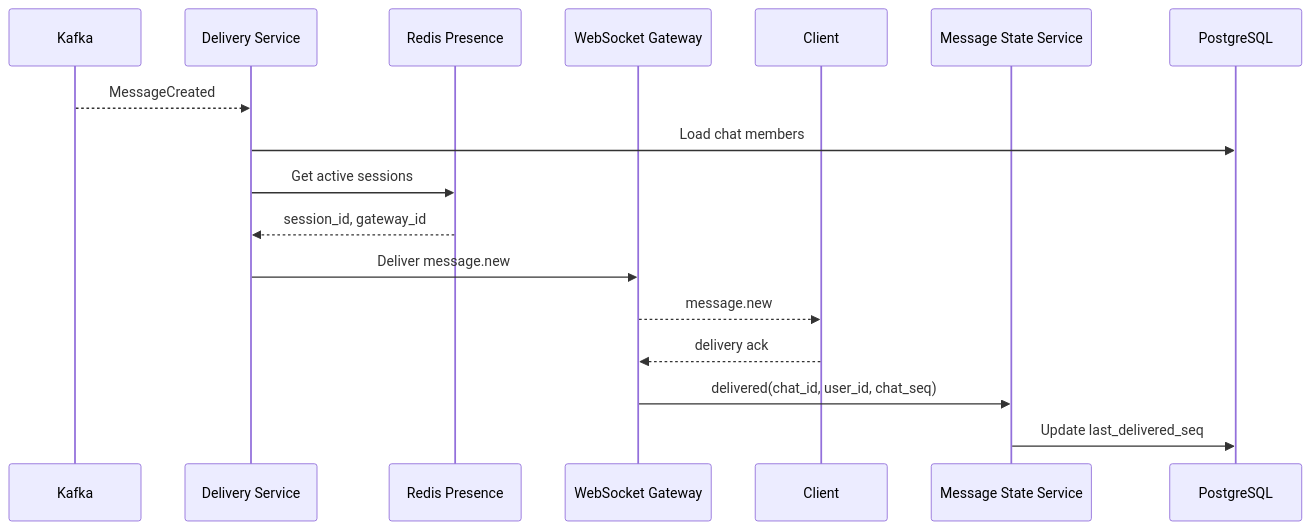
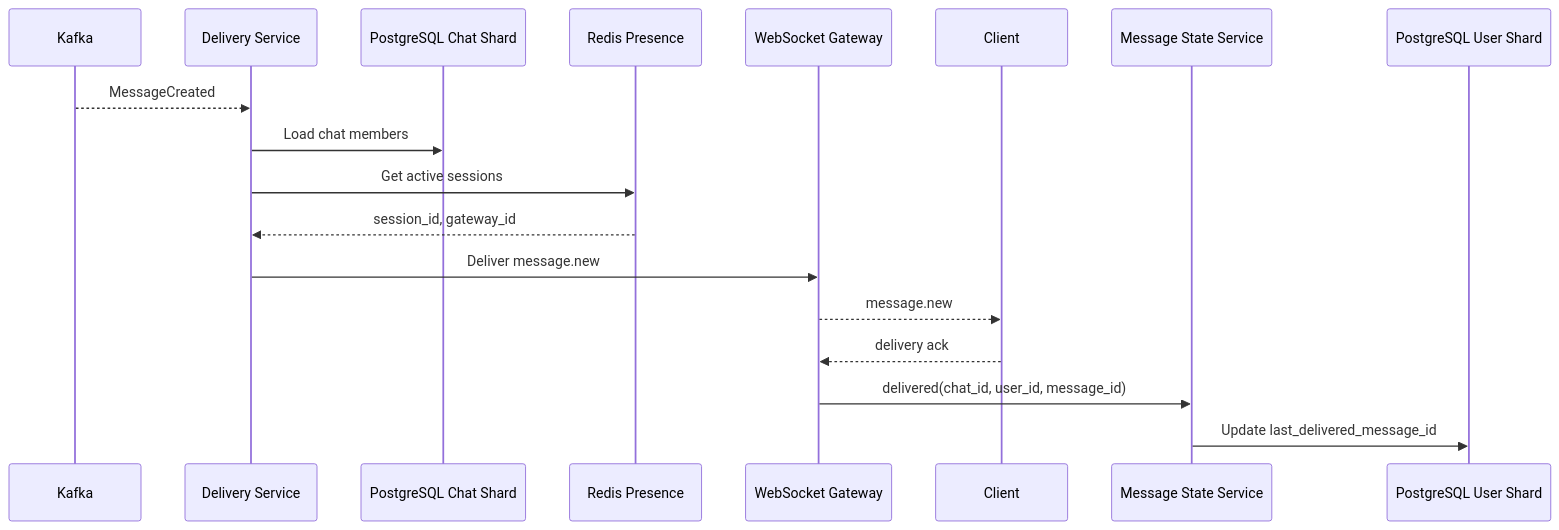
The fourth of 10 diagrams in technical_solution_messenger.md (jerempir/Technical-Solution-for-a-Messenger-System), drawn with Mermaid before and after one commit. The commit also changed other lines of this file, not shown here.

````diff
--- a/technical_solution_messenger.md
+++ b/technical_solution_messenger.md
@@ -968,20 +1175,21 @@
 ```mermaid
 sequenceDiagram
     participant Kafka
     participant Delivery as Delivery Service
+    participant PostgresChat as PostgreSQL Chat Shard
     participant Redis as Redis Presence
     participant WSGW as WebSocket Gateway
     participant Client
     participant State as Message State Service
-    participant Postgres as PostgreSQL
+    participant PostgresUser as PostgreSQL User Shard
 
     Kafka-->>Delivery: MessageCreated
-    Delivery->>Postgres: Load chat members
+    Delivery->>PostgresChat: Load chat members
     Delivery->>Redis: Get active sessions
     Redis-->>Delivery: session_id, gateway_id
     Delivery->>WSGW: Deliver message.new
     WSGW-->>Client: message.new
     Client-->>WSGW: delivery ack
-    WSGW->>State: delivered(chat_id, user_id, chat_seq)
-    State->>Postgres: Update last_delivered_seq
+    WSGW->>State: delivered(chat_id, user_id, message_id)
+    State->>PostgresUser: Update last_delivered_message_id
 ```
````
